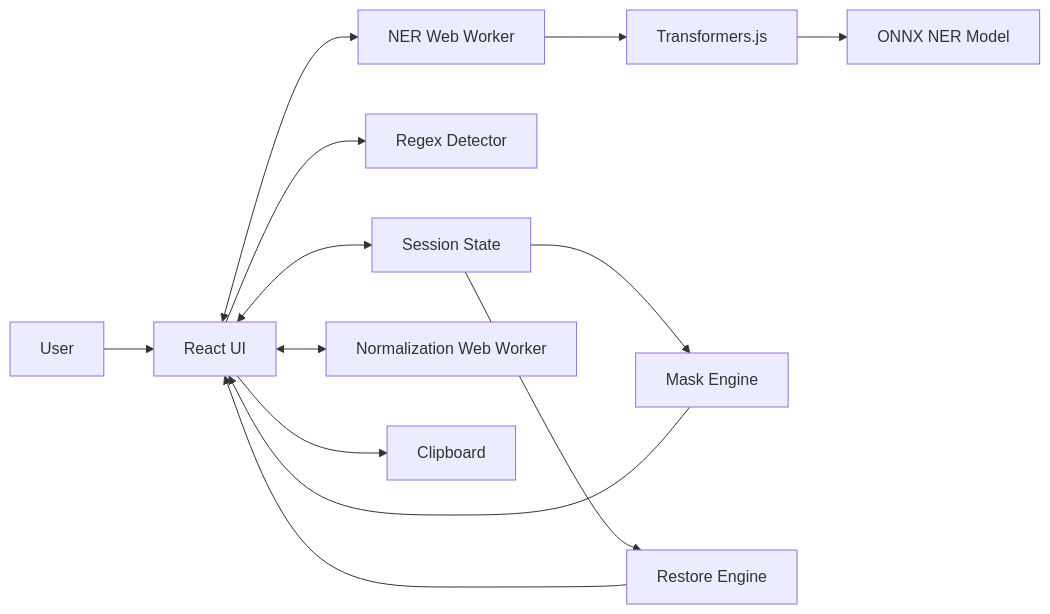
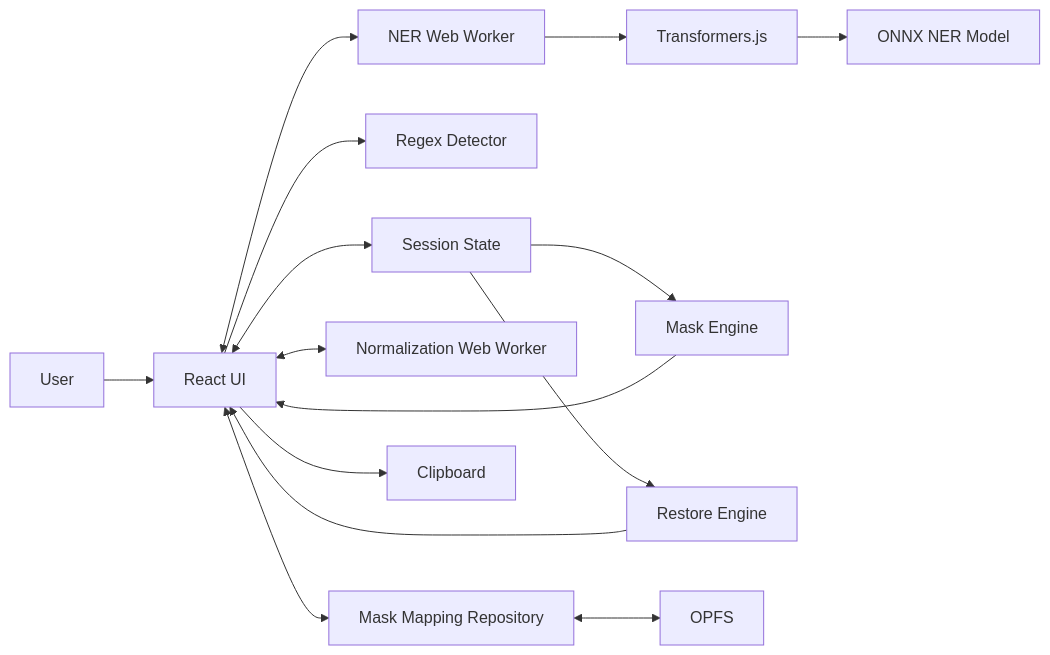
The first of 5 diagrams in docs/architecture.md (Bamboosato/local-pii-masker), drawn with Mermaid before and after one commit. The commit also changed other lines of this file and 46 other files, not shown here.

````diff
--- a/docs/architecture.md
+++ b/docs/architecture.md
@@ -44,27 +44,31 @@
 ```mermaid
 flowchart LR
     U[User]
     UI[React UI]
     ST[Session State]
     RG[Regex Detector]
     WK[NER Web Worker]
     NW[Normalization Web Worker]
     TF[Transformers.js]
     MD[ONNX NER Model]
     ME[Mask Engine]
     RE[Restore Engine]
+    MR[Mask Mapping Repository]
+    OP[OPFS]
     CB[Clipboard]
 
     U --> UI
     UI <--> ST
     UI --> RG
     UI <--> WK
     UI <--> NW
     WK --> TF
     TF --> MD
     ST --> ME
     ME --> UI
     ST --> RE
     RE --> UI
     UI --> CB
+    UI <--> MR
+    MR <--> OP
 ```
````
